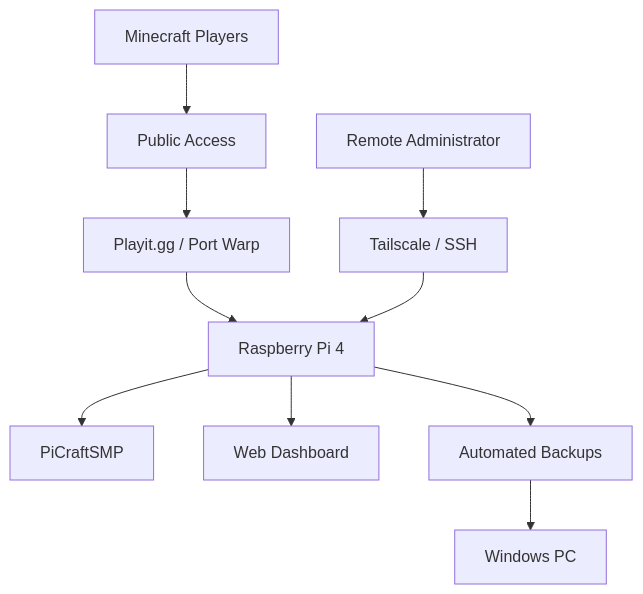
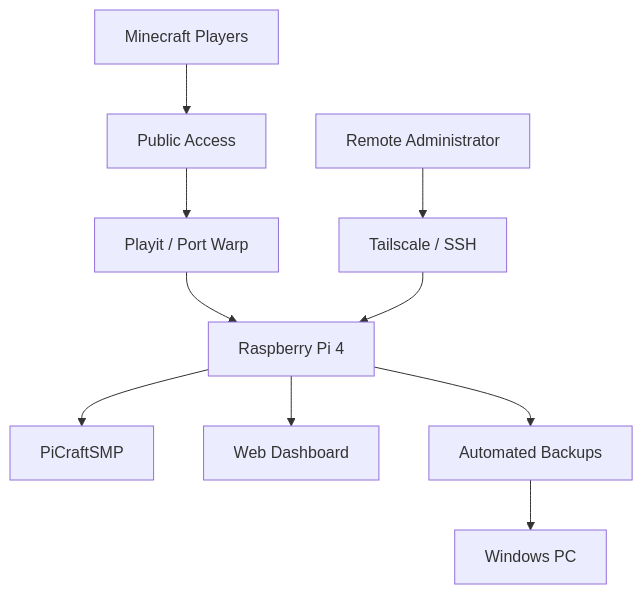
One commit to ianteymorian/raspberry-pi-minecraft-server changed the second of 2 diagrams in README.md. Above: the diagram before and after it, drawn with Mermaid. The commit also changed other lines of this file, not shown here.

````diff
--- a/README.md
+++ b/README.md
@@ -116,12 +116,12 @@
 ```mermaid
 flowchart TD
     A[Minecraft Players] --> B[Public Access]
-    B --> C[Playit.gg / Port Warp]
+    B --> C[Playit / Port Warp]
     C --> D[Raspberry Pi 4]
     D --> E[PiCraftSMP]
     D --> F[Web Dashboard]
     D --> G[Automated Backups]
     G --> H[Windows PC]
     I[Remote Administrator] --> J[Tailscale / SSH]
     J --> D
 ```
````
